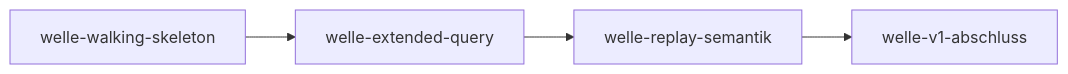
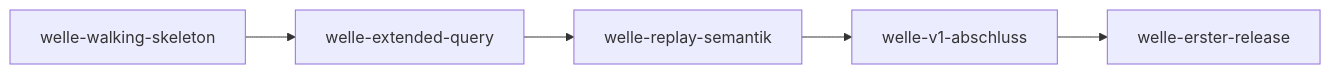
The diagram in docs/plan/planning/in-progress/roadmap.md (pt9912/pgwire-recorder), drawn with Mermaid before and after one commit. The commit also changed other lines of this file and 14 other files, not shown here.

````diff
--- a/docs/plan/planning/in-progress/roadmap.md
+++ b/docs/plan/planning/in-progress/roadmap.md
@@ -58,11 +60,13 @@
 ```mermaid
 flowchart LR
     W1[welle-walking-skeleton]
     W2[welle-extended-query]
     W3[welle-replay-semantik]
     W4[welle-v1-abschluss]
+    W5[welle-erster-release]
 
     W1 --> W2
     W2 --> W3
     W3 --> W4
+    W4 --> W5
 ```
````
